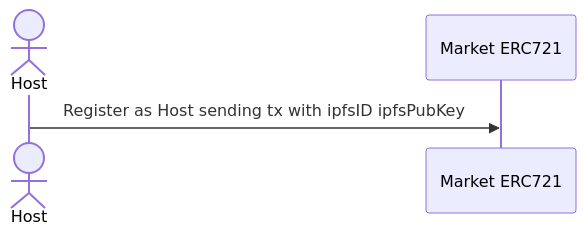
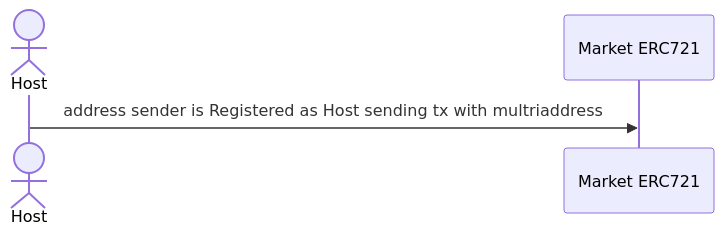
Before and after one commit to DSMarket/whitepaper: the fourth of 6 diagrams in whitepaper.md, drawn with Mermaid. The commit also changed other lines of this file, not shown here.

````diff
--- a/whitepaper.md
+++ b/whitepaper.md
@@ -173,7 +183,7 @@
 ```mermaid
 sequenceDiagram
     Actor H as Host
     participant M as Market ERC721
 
-    H ->> M: Register as Host sending tx with ipfsID ipfsPubKey
+    H ->> M: address sender is Registered as Host sending tx with multriaddress
 ```
````
